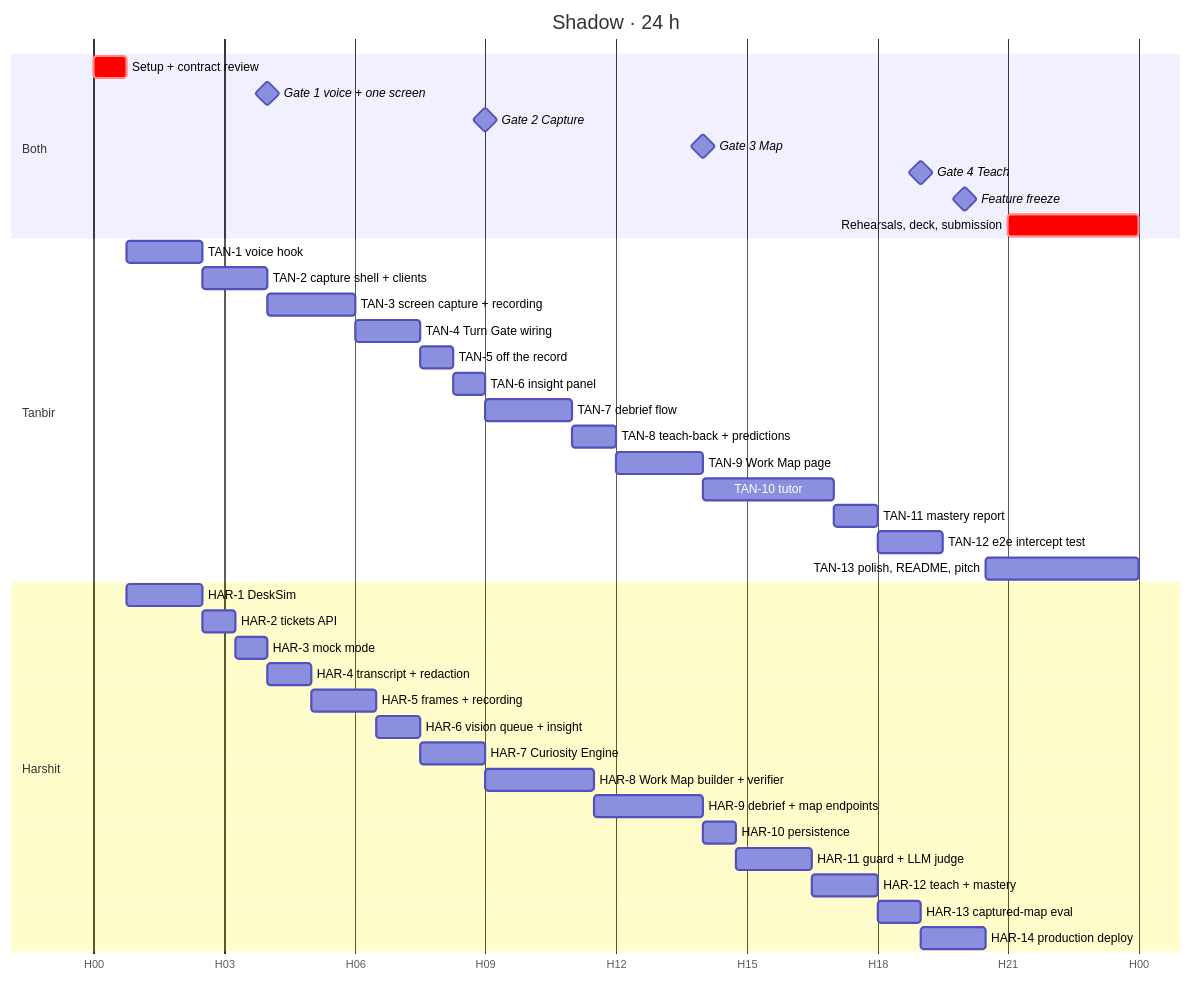
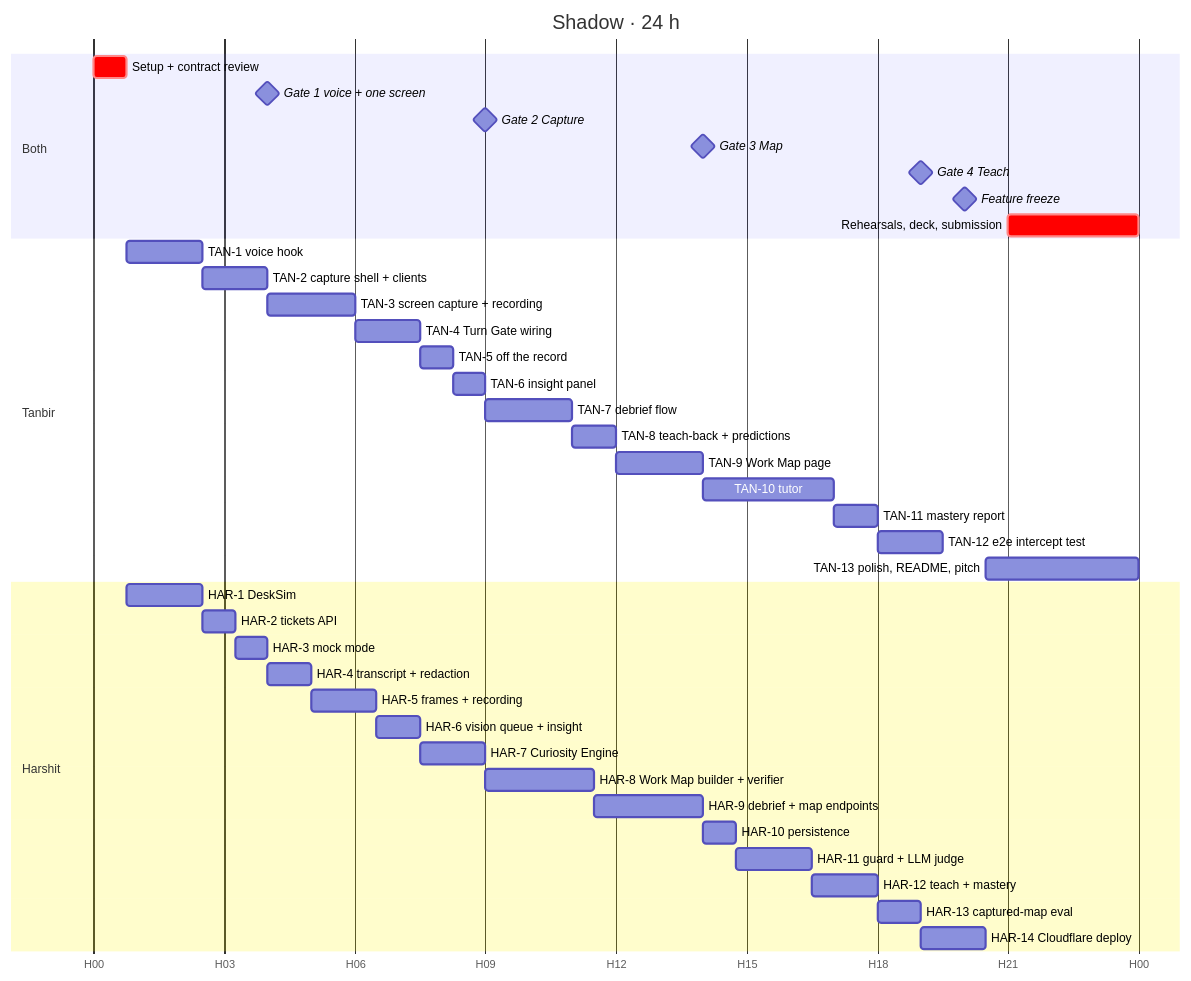
One commit to TanbirRamim/elevenlabs-agent changed the third of 3 diagrams in docs/IMPLEMENTATION_PLAN.md. Above: the diagram before and after it, drawn with Mermaid. The commit also changed other lines of this file and 29 other files, not shown here.

First line of the commit message:
build(infra): deploy web and API to Cloudflare Workers and Containers (#30)

````diff
--- a/docs/IMPLEMENTATION_PLAN.md
+++ b/docs/IMPLEMENTATION_PLAN.md
@@ -415,46 +417,46 @@
 ```mermaid
 gantt
   dateFormat  HH:mm
   axisFormat  H%H
   title Shadow · 24 h
 
   section Both
   Setup + contract review          :crit, s0, 00:00, 45m
   Gate 1 voice + one screen        :milestone, m1, 04:00, 0m
   Gate 2 Capture                   :milestone, m2, 09:00, 0m
   Gate 3 Map                       :milestone, m3, 14:00, 0m
   Gate 4 Teach                     :milestone, m4, 19:00, 0m
   Feature freeze                   :milestone, m5, 20:00, 0m
   Rehearsals, deck, submission     :crit, f2, 21:00, 3h
 
   section Tanbir
   TAN-1 voice hook                 :t1, 00:45, 105m
   TAN-2 capture shell + clients    :t2, 02:30, 90m
   TAN-3 screen capture + recording :t3, 04:00, 2h
   TAN-4 Turn Gate wiring           :t4, 06:00, 90m
   TAN-5 off the record             :t5, 07:30, 45m
   TAN-6 insight panel              :t6, 08:15, 45m
   TAN-7 debrief flow               :t7, 09:00, 2h
   TAN-8 teach-back + predictions   :t8, 11:00, 1h
   TAN-9 Work Map page              :t9, 12:00, 2h
   TAN-10 tutor                     :t10, 14:00, 3h
   TAN-11 mastery report            :t11, 17:00, 1h
   TAN-12 e2e intercept test        :t12, 18:00, 90m
   TAN-13 polish, README, pitch     :t13, 20:30, 210m
 
   section Harshit
   HAR-1 DeskSim                    :h1, 00:45, 105m
   HAR-2 tickets API                :h2, 02:30, 45m
   HAR-3 mock mode                  :h3, 03:15, 45m
   HAR-4 transcript + redaction     :h4, 04:00, 1h
   HAR-5 frames + recording         :h5, 05:00, 90m
   HAR-6 vision queue + insight     :h6, 06:30, 1h
   HAR-7 Curiosity Engine           :h7, 07:30, 90m
   HAR-8 Work Map builder + verifier:h8, 09:00, 150m
   HAR-9 debrief + map endpoints    :h9, 11:30, 150m
   HAR-10 persistence               :h10, 14:00, 45m
   HAR-11 guard + LLM judge         :h11, 14:45, 105m
   HAR-12 teach + mastery           :h12, 16:30, 90m
   HAR-13 captured-map eval         :h13, 18:00, 1h
-  HAR-14 production deploy         :h14, 19:00, 90m
+  HAR-14 Cloudflare deploy         :h14, 19:00, 90m
 ```
````
